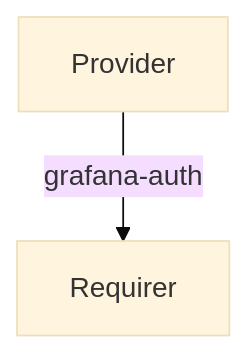
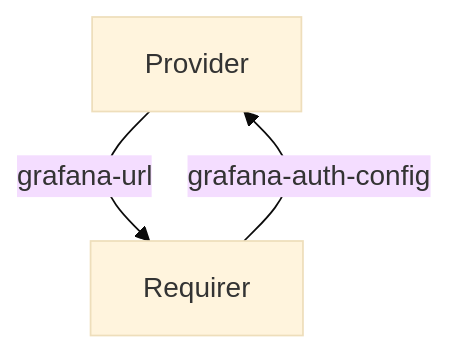
Before and after one commit to canonical/charm-relation-interfaces: the diagram in grafana_auth/README.md, drawn with Mermaid (base theme). The commit also changed other lines of this file, not shown here.

````diff
--- a/grafana_auth/README.md
+++ b/grafana_auth/README.md
@@ -15,4 +12,5 @@
 ```mermaid
 flowchart TD
-    Provider -- grafana-auth--> Requirer
+    Provider -- grafana-url--> Requirer
+    Requirer -- grafana-auth-config--> Provider
 ```
````
